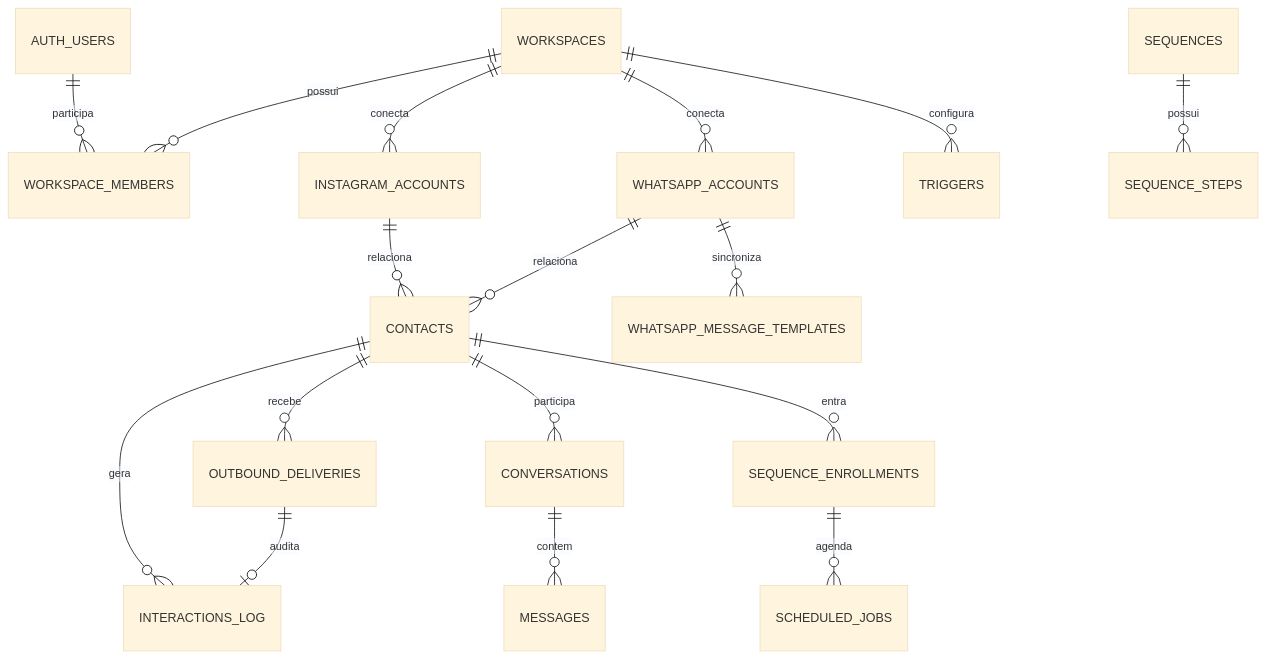
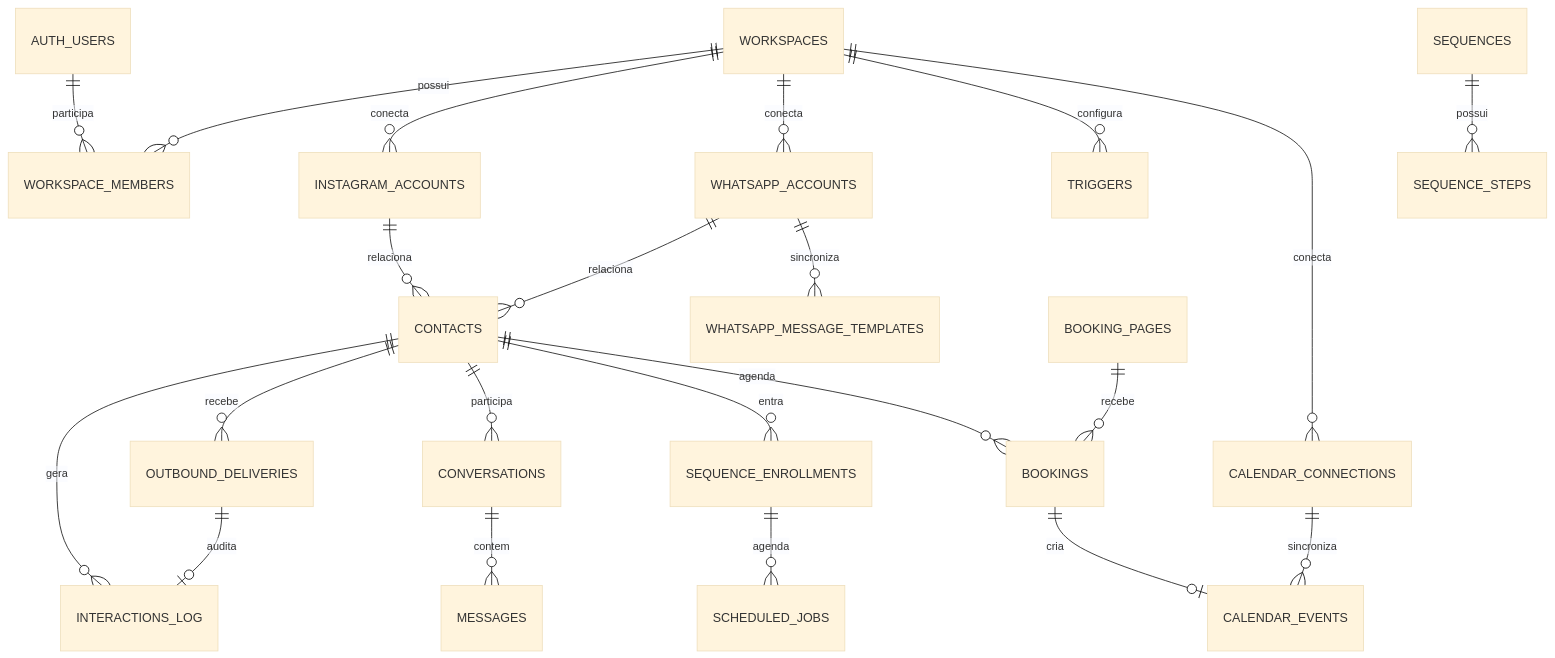
The diagram in docs/BANCO_DE_DADOS.md (ShunWalChin/WalChat), drawn with Mermaid (base theme) before and after one commit. The commit also changed other lines of this file and 44 other files, not shown here.

````diff
--- a/docs/BANCO_DE_DADOS.md
+++ b/docs/BANCO_DE_DADOS.md
@@ -7,19 +7,24 @@
 ```mermaid
 erDiagram
     AUTH_USERS ||--o{ WORKSPACE_MEMBERS : participa
     WORKSPACES ||--o{ WORKSPACE_MEMBERS : possui
     WORKSPACES ||--o{ INSTAGRAM_ACCOUNTS : conecta
     WORKSPACES ||--o{ WHATSAPP_ACCOUNTS : conecta
     INSTAGRAM_ACCOUNTS ||--o{ CONTACTS : relaciona
     WHATSAPP_ACCOUNTS ||--o{ CONTACTS : relaciona
     WHATSAPP_ACCOUNTS ||--o{ WHATSAPP_MESSAGE_TEMPLATES : sincroniza
     CONTACTS ||--o{ INTERACTIONS_LOG : gera
     CONTACTS ||--o{ OUTBOUND_DELIVERIES : recebe
     OUTBOUND_DELIVERIES ||--o| INTERACTIONS_LOG : audita
     CONTACTS ||--o{ CONVERSATIONS : participa
     CONVERSATIONS ||--o{ MESSAGES : contem
     WORKSPACES ||--o{ TRIGGERS : configura
     SEQUENCES ||--o{ SEQUENCE_STEPS : possui
     CONTACTS ||--o{ SEQUENCE_ENROLLMENTS : entra
     SEQUENCE_ENROLLMENTS ||--o{ SCHEDULED_JOBS : agenda
+    WORKSPACES ||--o{ CALENDAR_CONNECTIONS : conecta
+    CALENDAR_CONNECTIONS ||--o{ CALENDAR_EVENTS : sincroniza
+    BOOKING_PAGES ||--o{ BOOKINGS : recebe
+    BOOKINGS ||--o| CALENDAR_EVENTS : cria
+    CONTACTS ||--o{ BOOKINGS : agenda
 ```
````
